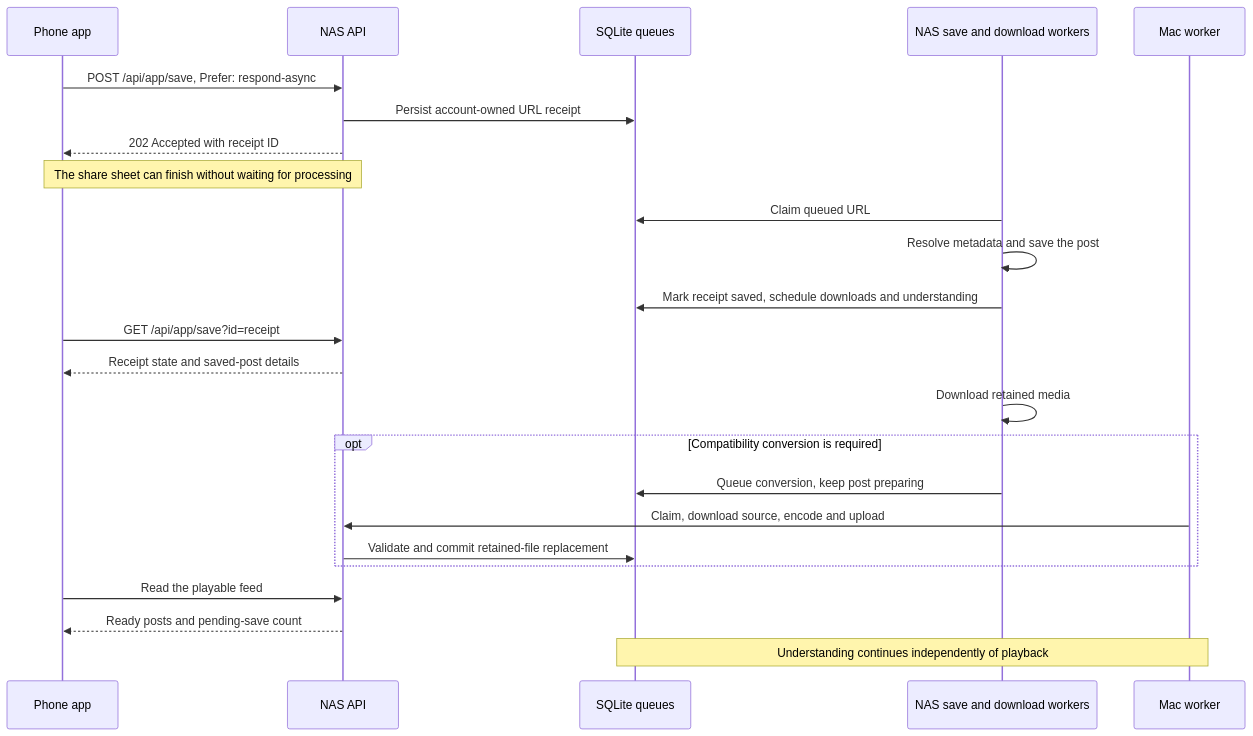
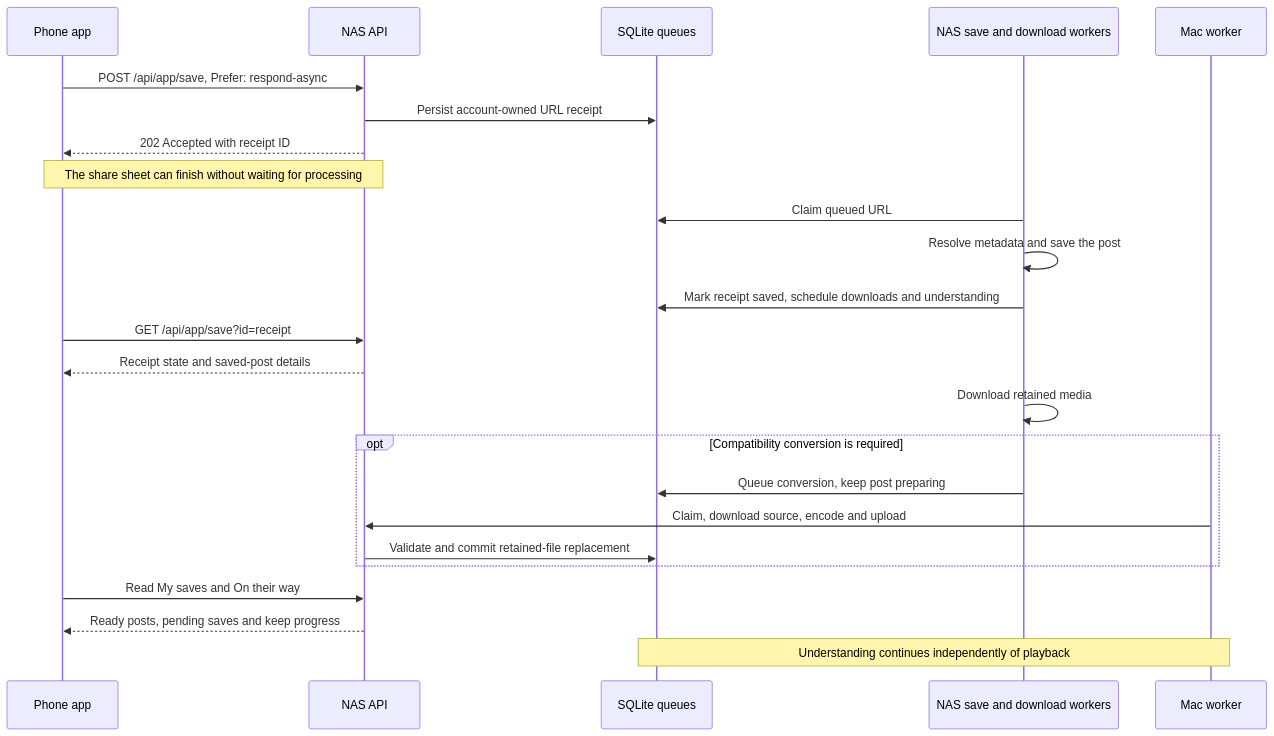
The second of 4 diagrams in docs/remote-processing.md (itsmemeworks/adhx), drawn with Mermaid before and after one commit. The commit also changed other lines of this file and 6 other files, not shown here.

````diff
--- a/docs/remote-processing.md
+++ b/docs/remote-processing.md
@@ -72,27 +72,27 @@
 ```mermaid
 sequenceDiagram
   participant P as Phone app
   participant A as NAS API
   participant Q as SQLite queues
   participant D as NAS save and download workers
   participant M as Mac worker
 
   P->>A: POST /api/app/save, Prefer: respond-async
   A->>Q: Persist account-owned URL receipt
   A-->>P: 202 Accepted with receipt ID
   Note over P,A: The share sheet can finish without waiting for processing
   D->>Q: Claim queued URL
   D->>D: Resolve metadata and save the post
   D->>Q: Mark receipt saved, schedule downloads and understanding
   P->>A: GET /api/app/save?id=receipt
   A-->>P: Receipt state and saved-post details
   D->>D: Download retained media
   opt Compatibility conversion is required
     D->>Q: Queue conversion, keep post preparing
     M->>A: Claim, download source, encode and upload
     A->>Q: Validate and commit retained-file replacement
   end
-  P->>A: Read the playable feed
-  A-->>P: Ready posts and pending-save count
+  P->>A: Read My saves and On their way
+  A-->>P: Ready posts, pending saves and keep progress
   Note over Q,M: Understanding continues independently of playback
 ```
````
